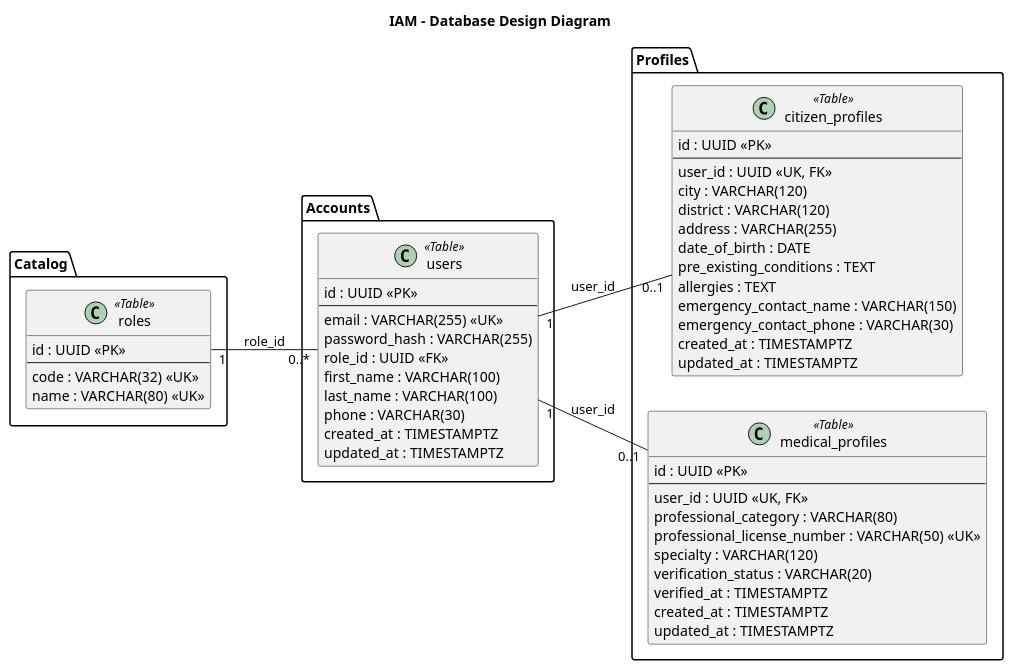
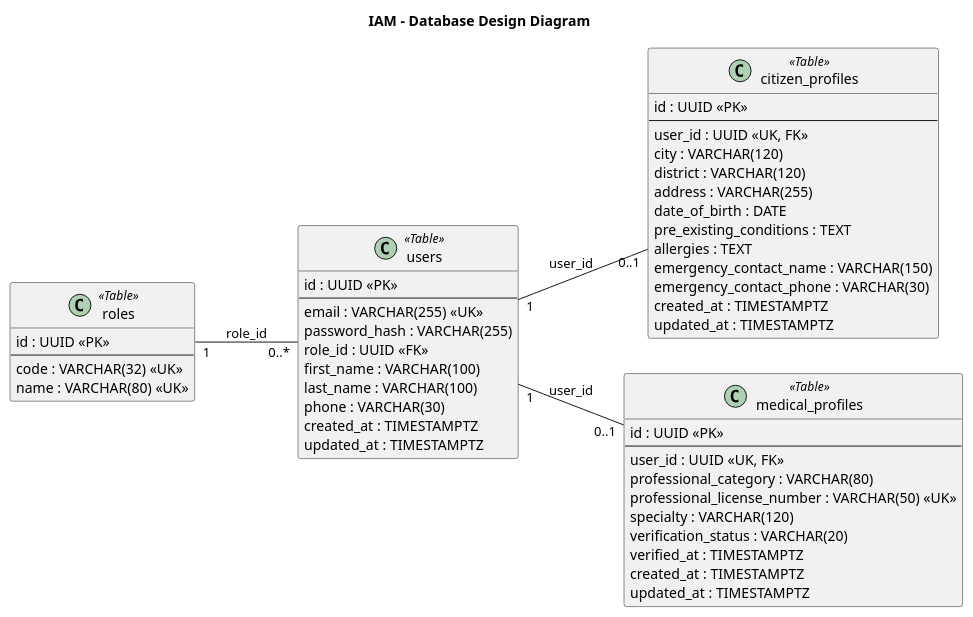
The diagram in public/assets/images/chapter-5/iam-database-design.puml (emergentes-project/Report), drawn with PlantUML before and after one commit. The commit also changed 7 other files, not shown here.

```diff
--- a/public/assets/images/chapter-5/iam-database-design.puml
+++ b/public/assets/images/chapter-5/iam-database-design.puml
@@ -1,67 +1,61 @@
 @startuml
 left to right direction
 hide empty members
 skinparam classAttributeIconSize 0
 skinparam shadowing false
 title IAM - Database Design Diagram
 
-package "Catalog" {
   class roles <<Table>> {
     id : UUID <<PK>>
     --
     code : VARCHAR(32) <<UK>>
     name : VARCHAR(80) <<UK>>
   }
-}
 
-package "Accounts" {
   class users <<Table>> {
     id : UUID <<PK>>
     --
     email : VARCHAR(255) <<UK>>
     password_hash : VARCHAR(255)
     role_id : UUID <<FK>>
     first_name : VARCHAR(100)
     last_name : VARCHAR(100)
     phone : VARCHAR(30)
     created_at : TIMESTAMPTZ
     updated_at : TIMESTAMPTZ
   }
-}
 
-package "Profiles" {
   class citizen_profiles <<Table>> {
     id : UUID <<PK>>
     --
     user_id : UUID <<UK, FK>>
     city : VARCHAR(120)
     district : VARCHAR(120)
     address : VARCHAR(255)
     date_of_birth : DATE
     pre_existing_conditions : TEXT
     allergies : TEXT
     emergency_contact_name : VARCHAR(150)
     emergency_contact_phone : VARCHAR(30)
     created_at : TIMESTAMPTZ
     updated_at : TIMESTAMPTZ
   }
 
   class medical_profiles <<Table>> {
     id : UUID <<PK>>
     --
     user_id : UUID <<UK, FK>>
     professional_category : VARCHAR(80)
     professional_license_number : VARCHAR(50) <<UK>>
     specialty : VARCHAR(120)
     verification_status : VARCHAR(20)
     verified_at : TIMESTAMPTZ
     created_at : TIMESTAMPTZ
     updated_at : TIMESTAMPTZ
-  }
 }
 
 roles "1" -- "0..*" users : role_id
 users "1" -- "0..1" citizen_profiles : user_id
 users "1" -- "0..1" medical_profiles : user_id
 
 @enduml
```
